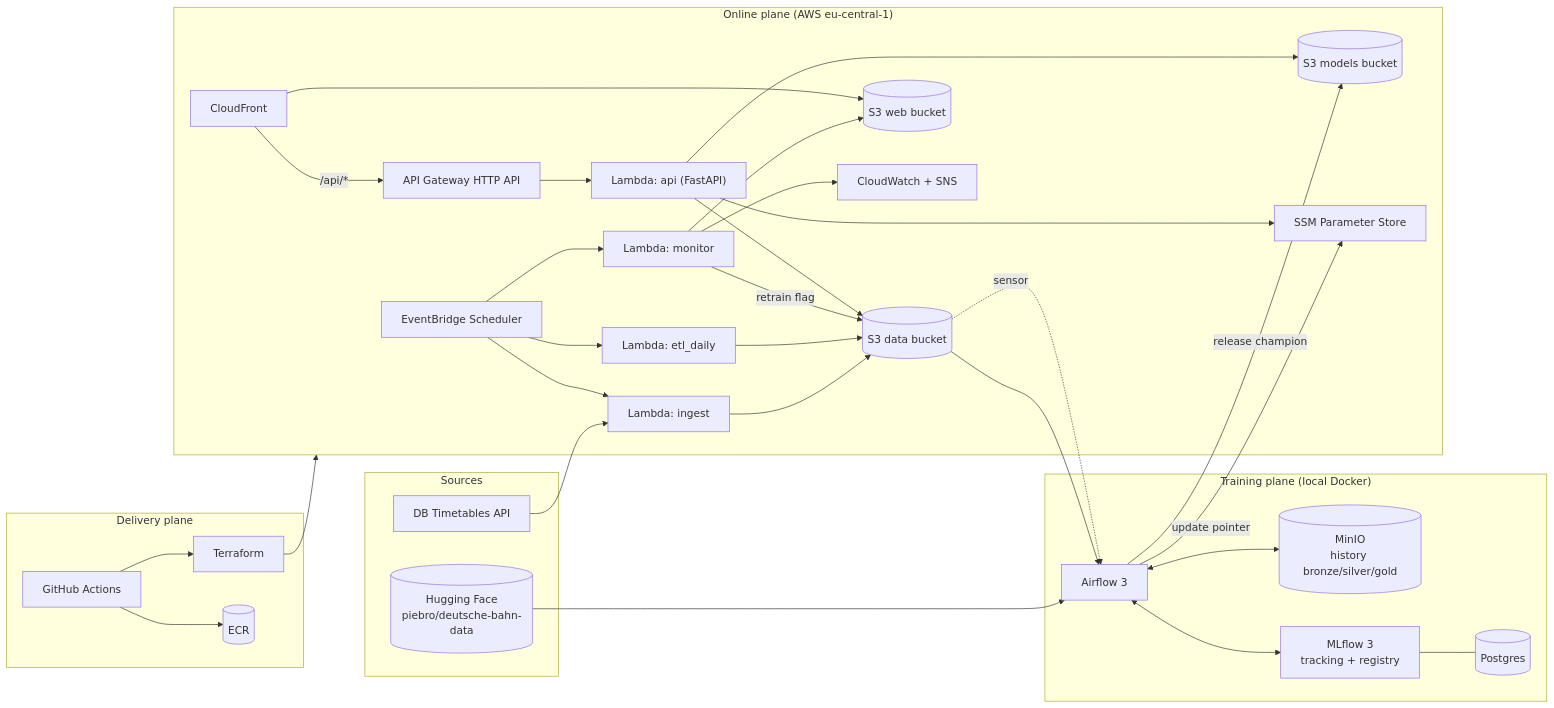
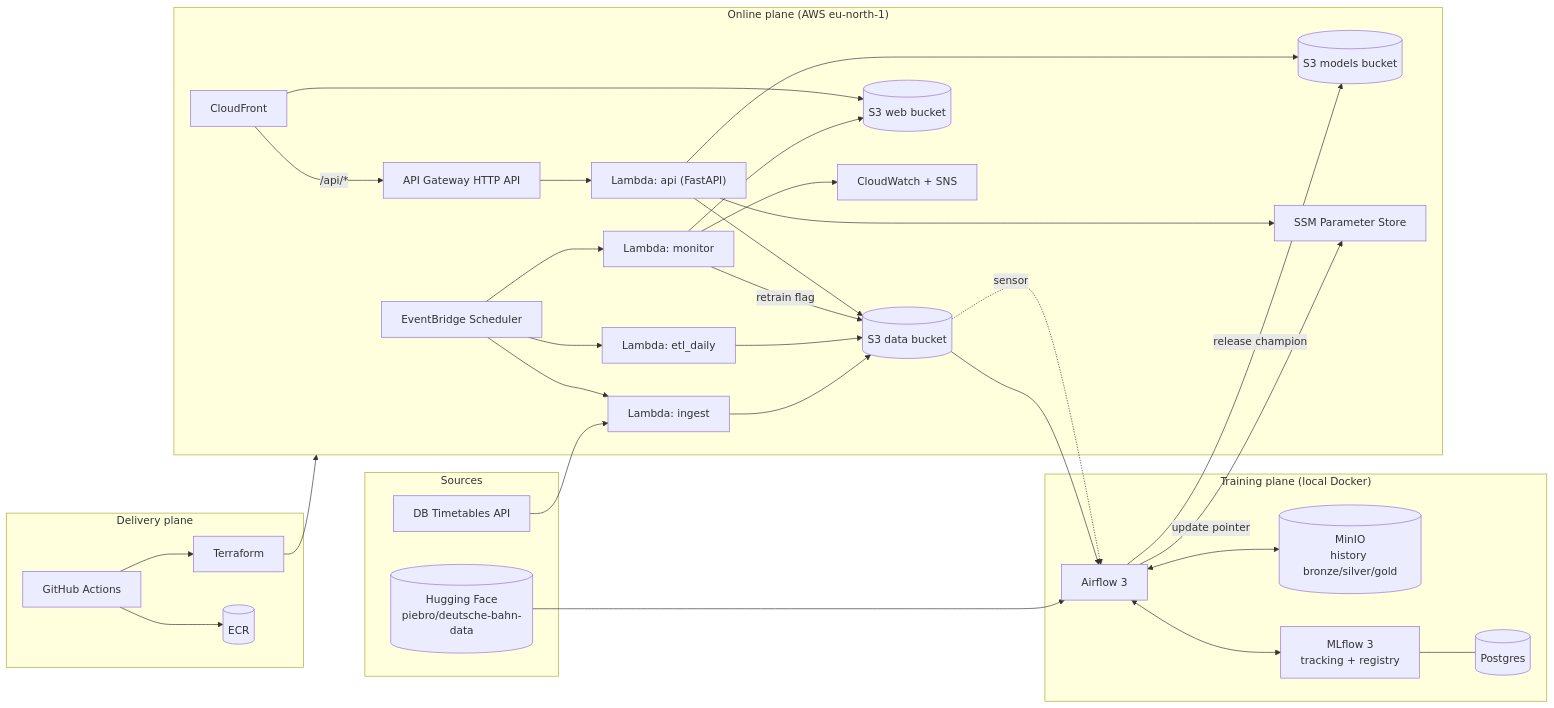
One commit to piyal21/Puenktlich-mlops-project changed the first of 3 diagrams in docs/architecture.md. Above: the diagram before and after it, drawn with Mermaid. The commit also changed other lines of this file and 5 other files, not shown here.

Commit message:
docs(phase-6): ADR 0002, eu-north-1, laptop deploy flow, sample board, measured runtime

````diff
--- a/docs/architecture.md
+++ b/docs/architecture.md
@@ -23,58 +23,58 @@
 ```mermaid
 flowchart LR
   subgraph Sources
     HF[("Hugging Face<br/>piebro/deutsche-bahn-data")]
     DBAPI["DB Timetables API"]
   end
 
   subgraph Local["Training plane (local Docker)"]
     AF["Airflow 3"]
     MINIO[("MinIO<br/>history bronze/silver/gold")]
     MLF["MLflow 3<br/>tracking + registry"]
     PG[("Postgres")]
   end
 
-  subgraph AWS["Online plane (AWS eu-central-1)"]
+  subgraph AWS["Online plane (AWS eu-north-1)"]
     SCH["EventBridge Scheduler"]
     ING["Lambda: ingest"]
     ETL["Lambda: etl_daily"]
     MON["Lambda: monitor"]
     API["Lambda: api (FastAPI)"]
     APIGW["API Gateway HTTP API"]
     CF["CloudFront"]
     S3D[("S3 data bucket")]
     S3M[("S3 models bucket")]
     S3W[("S3 web bucket")]
     SSM["SSM Parameter Store"]
     CW["CloudWatch + SNS"]
   end
 
   subgraph Delivery["Delivery plane"]
     GH["GitHub Actions"]
     TF["Terraform"]
     ECR[("ECR")]
   end
 
   HF --> AF
   AF <--> MINIO
   AF <--> MLF
   MLF --- PG
   DBAPI --> ING
   SCH --> ING & ETL & MON
   ING --> S3D
   ETL --> S3D
   S3D --> AF
   AF -->|"release champion"| S3M
   AF -->|"update pointer"| SSM
   MON --> S3W
   MON --> CW
   MON -->|"retrain flag"| S3D
   S3D -.->|"sensor"| AF
   API --> S3M & S3D & SSM
   APIGW --> API
   CF --> S3W
   CF -->|"/api/*"| APIGW
   GH --> ECR
   GH --> TF
   TF --> AWS
 ```
````
